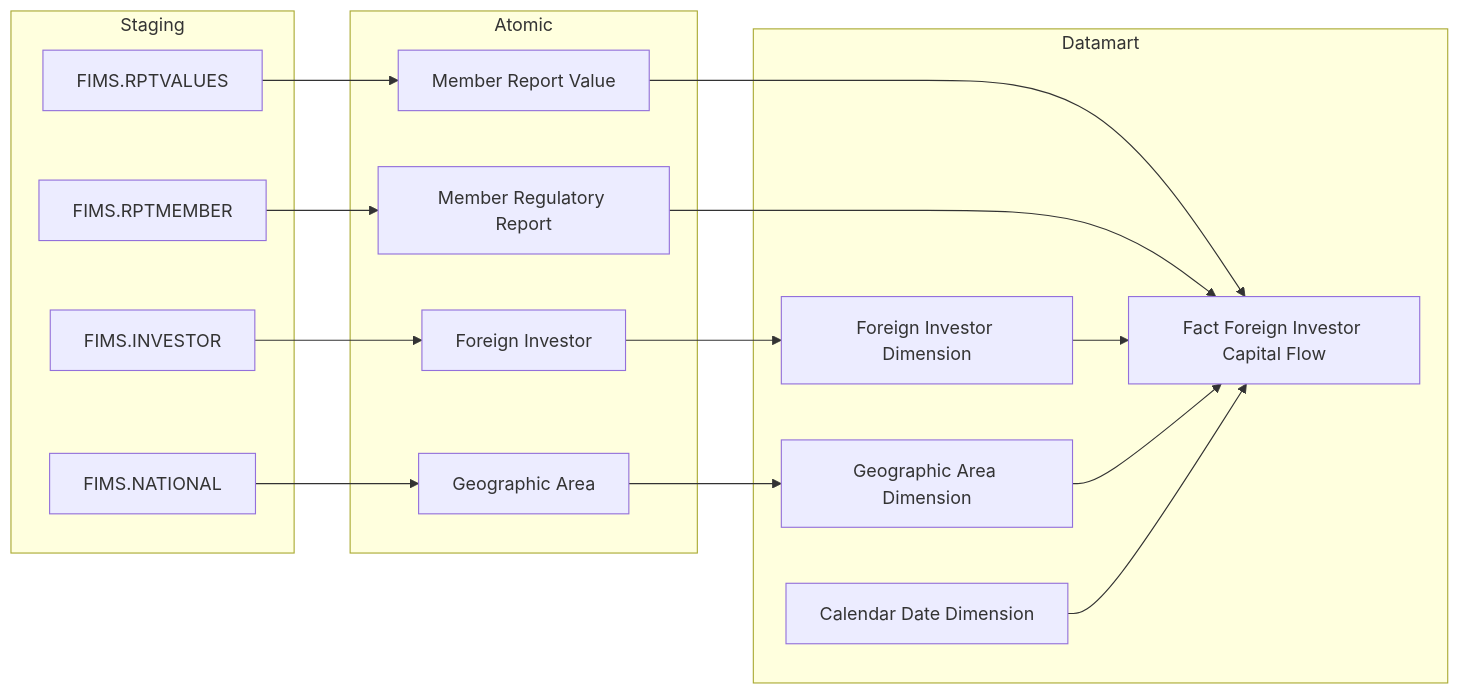
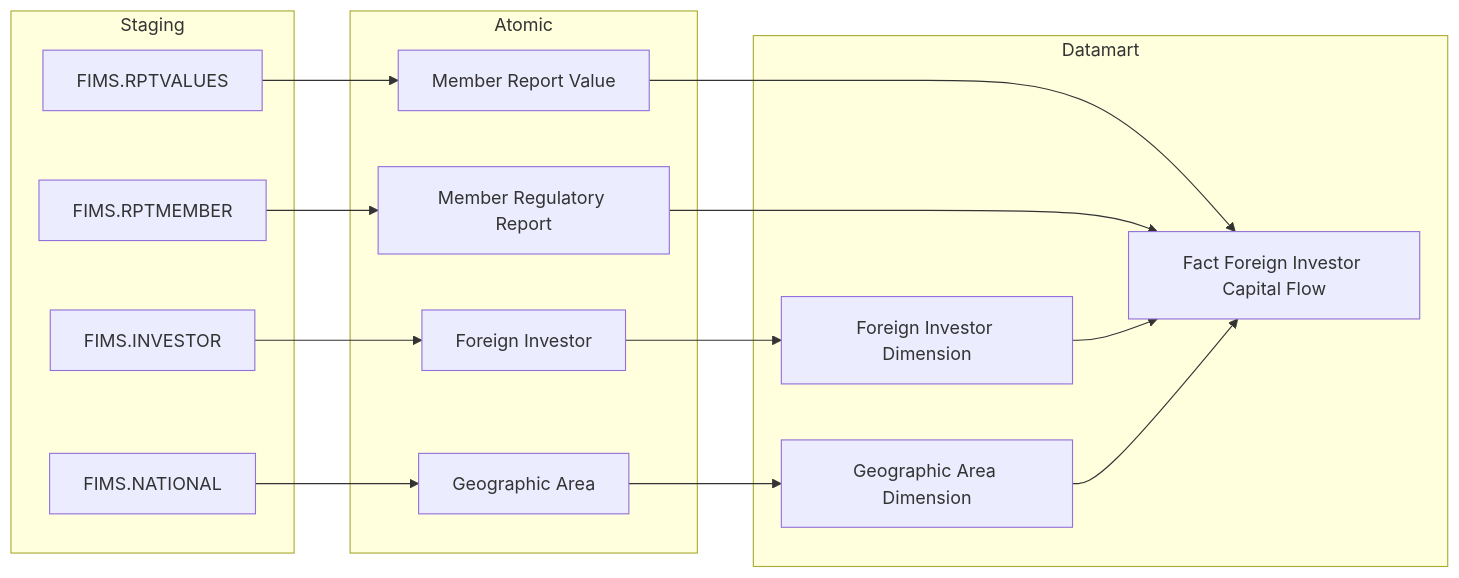
Before and after one commit to linhlvit/ubck_atomic_design: the fifth of 34 diagrams in Datamart/hld/DTM_NDTNN_HLD.md, drawn with Mermaid. The commit also changed other lines of this file and 10 other files, not shown here.

````diff
--- a/Datamart/hld/DTM_NDTNN_HLD.md
+++ b/Datamart/hld/DTM_NDTNN_HLD.md
@@ -143,37 +174,35 @@
 ```mermaid
 flowchart LR
     subgraph SRC["Staging"]
         S1["FIMS.RPTVALUES"]
         S2["FIMS.RPTMEMBER"]
         S3["FIMS.INVESTOR"]
         S4["FIMS.NATIONAL"]
     end
 
     subgraph SIL["Atomic"]
         SV1["Member Report Value"]
         SV2["Member Regulatory Report"]
         SV3["Foreign Investor"]
         SV4["Geographic Area"]
     end
 
     subgraph Datamart["Datamart"]
-        G1["Fact Foreign Investor Capital Flow"]
         G2["Foreign Investor Dimension"]
         G3["Geographic Area Dimension"]
-        G4["Calendar Date Dimension"]
+        G1["Fact Foreign Investor Capital Flow"]
     end
 
     S1 --> SV1
     S2 --> SV2
     S3 --> SV3
     S4 --> SV4
 
     SV1 --> G1
     SV2 --> G1
     SV3 --> G2
     SV4 --> G3
 
     G2 --> G1
     G3 --> G1
-    G4 --> G1
 ```
````
